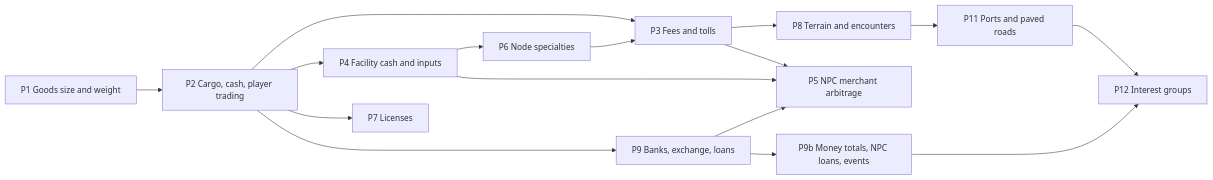
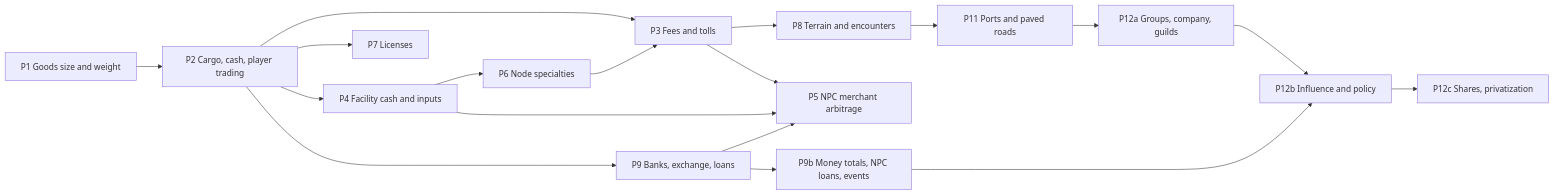
One commit to Semel-0421/Fantasy-Economic-Simulator changed the diagram in Docs/GDD/04_Roadmap.md. Above: the diagram before and after it, drawn with Mermaid. The commit also changed other lines of this file and 4 other files, not shown here.

First line of the commit message:
Record interest group relations, guild benefits and policy influence

````diff
--- a/Docs/GDD/04_Roadmap.md
+++ b/Docs/GDD/04_Roadmap.md
@@ -14,18 +14,20 @@
 ```mermaid
 flowchart LR
     P1[P1 Goods size and weight] --> P2[P2 Cargo, cash, player trading]
     P2 --> P3[P3 Fees and tolls]
     P2 --> P4[P4 Facility cash and inputs]
     P2 --> P7[P7 Licenses]
     P2 --> P9[P9 Banks, exchange, loans]
     P4 --> P6[P6 Node specialties]
     P6 --> P3
     P3 --> P8[P8 Terrain and encounters]
     P3 --> P5[P5 NPC merchant arbitrage]
     P4 --> P5
     P9 --> P5
     P9 --> P9b[P9b Money totals, NPC loans, events]
     P8 --> P11[P11 Ports and paved roads]
-    P9b --> P12[P12 Interest groups]
-    P11 --> P12
+    P11 --> P12a[P12a Groups, company, guilds]
+    P12a --> P12b[P12b Influence and policy]
+    P9b --> P12b
+    P12b --> P12c[P12c Shares, privatization]
 ```
````
